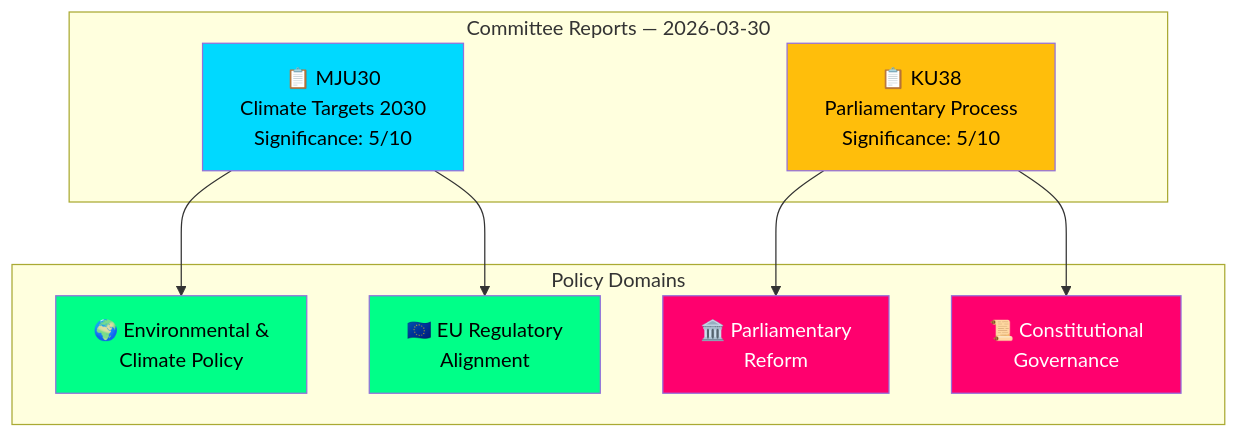
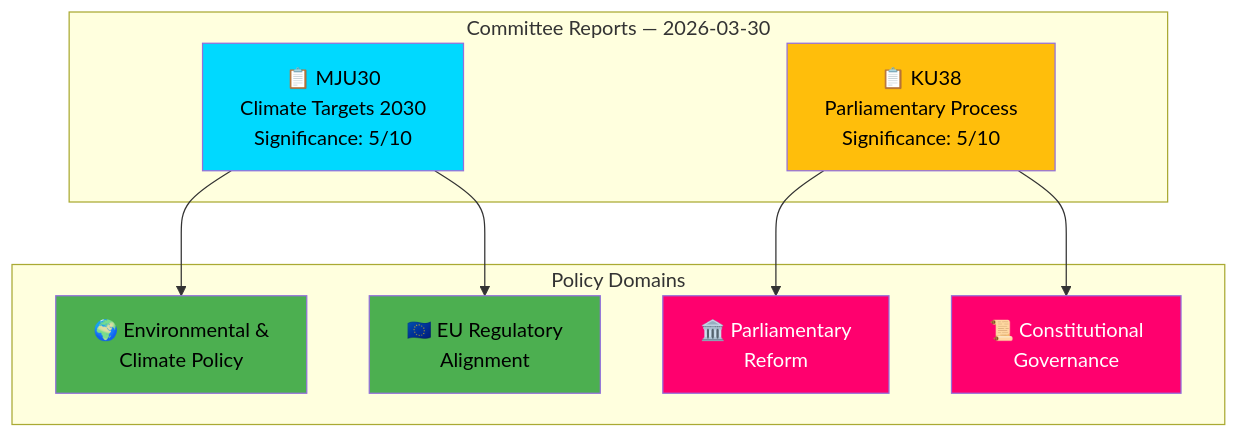
One commit to Hack23/riksdagsmonitor changed the diagram in analysis/daily/2026-03-30/committeeReports/synthesis-summary.md. Above: the diagram before and after it, drawn with Mermaid. The commit also changed 785 other files, not shown here.

First line of the commit message:
Normalize mermaid colors across 786 analysis artifacts to ISMS Style Guide palette

````diff
--- a/analysis/daily/2026-03-30/committeeReports/synthesis-summary.md
+++ b/analysis/daily/2026-03-30/committeeReports/synthesis-summary.md
@@ -19,26 +19,26 @@
 ```mermaid
 flowchart TD
     subgraph "Committee Reports — 2026-03-30"
         MJU30["📋 MJU30<br/>Climate Targets 2030<br/>Significance: 5/10"]
         KU38["📋 KU38<br/>Parliamentary Process<br/>Significance: 5/10"]
     end
     
     subgraph "Policy Domains"
         ENV["🌍 Environmental &<br/>Climate Policy"]
         EU["🇪🇺 EU Regulatory<br/>Alignment"]
         PARL["🏛️ Parliamentary<br/>Reform"]
         CONST["📜 Constitutional<br/>Governance"]
     end
     
     MJU30 --> ENV
     MJU30 --> EU
     KU38 --> PARL
     KU38 --> CONST
     
-    style MJU30 fill:#00d9ff,color:#000
-    style KU38 fill:#ffbe0b,color:#000
-    style ENV fill:#00ff88,color:#000
-    style EU fill:#00ff88,color:#000
-    style PARL fill:#ff006e,color:#fff
-    style CONST fill:#ff006e,color:#fff
+    style MJU30 fill:#00d9ff,color:#000000
+    style KU38 fill:#ffbe0b,color:#000000
+    style ENV fill:#4CAF50,color:#000000
+    style EU fill:#4CAF50,color:#000000
+    style PARL fill:#ff006e,color:#FFFFFF
+    style CONST fill:#ff006e,color:#FFFFFF
 ```
````
